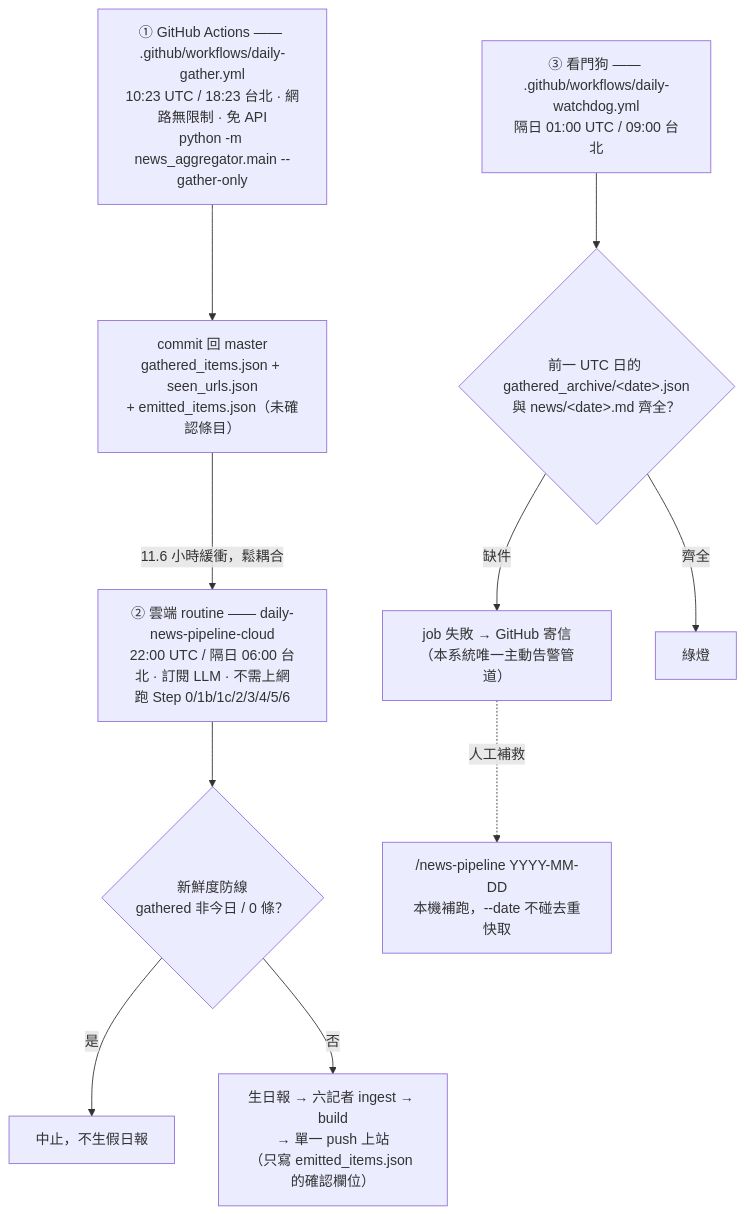
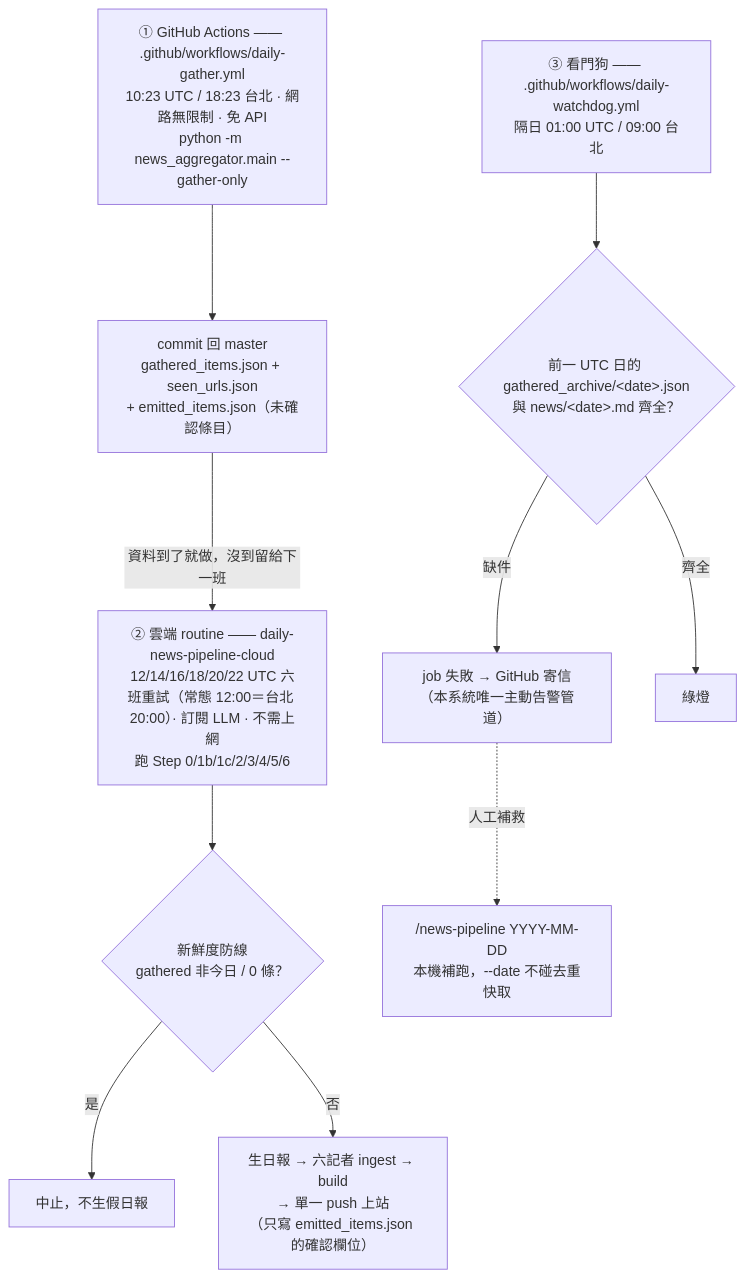
One commit to mandy82477/claude-news changed the second of 9 diagrams in src/DesignDocument/Design Diagram.md. Above: the diagram before and after it, drawn with Mermaid. The commit also changed other lines of this file and 8 other files, not shown here.

````diff
--- a/src/DesignDocument/Design Diagram.md
+++ b/src/DesignDocument/Design Diagram.md
@@ -58,19 +58,19 @@
 ```mermaid
 flowchart TD
     GHA["① GitHub Actions —— .github/workflows/daily-gather.yml\n10:23 UTC / 18:23 台北 · 網路無限制 · 免 API\npython -m news_aggregator.main --gather-only"]
     GHA --> COMMIT["commit 回 master\ngathered_items.json + seen_urls.json\n+ emitted_items.json（未確認條目）"]
 
-    COMMIT -->|11.6 小時緩衝，鬆耦合| CLOUD
+    COMMIT -->|資料到了就做，沒到留給下一班| CLOUD
 
-    CLOUD["② 雲端 routine —— daily-news-pipeline-cloud\n22:00 UTC / 隔日 06:00 台北 · 訂閱 LLM · 不需上網\n跑 Step 0/1b/1c/2/3/4/5/6"]
+    CLOUD["② 雲端 routine —— daily-news-pipeline-cloud\n12/14/16/18/20/22 UTC 六班重試（常態 12:00＝台北 20:00）· 訂閱 LLM · 不需上網\n跑 Step 0/1b/1c/2/3/4/5/6"]
     CLOUD --> FRESH{"新鮮度防線\ngathered 非今日 / 0 條？"}
     FRESH -->|是| ABORT["中止，不生假日報"]
     FRESH -->|否| RUN["生日報 → 六記者 ingest → build\n→ 單一 push 上站\n（只寫 emitted_items.json 的確認欄位）"]
 
     WD["③ 看門狗 —— .github/workflows/daily-watchdog.yml\n隔日 01:00 UTC / 09:00 台北"]
     WD --> CHECK{"前一 UTC 日的 gathered_archive/&lt;date&gt;.json\n與 news/&lt;date&gt;.md 齊全？"}
     CHECK -->|缺件| FAIL["job 失敗 → GitHub 寄信\n（本系統唯一主動告警管道）"]
     CHECK -->|齊全| GREEN["綠燈"]
 
     FAIL -.->|人工補救| MANUAL["/news-pipeline YYYY-MM-DD\n本機補跑，--date 不碰去重快取"]
 ```
````
